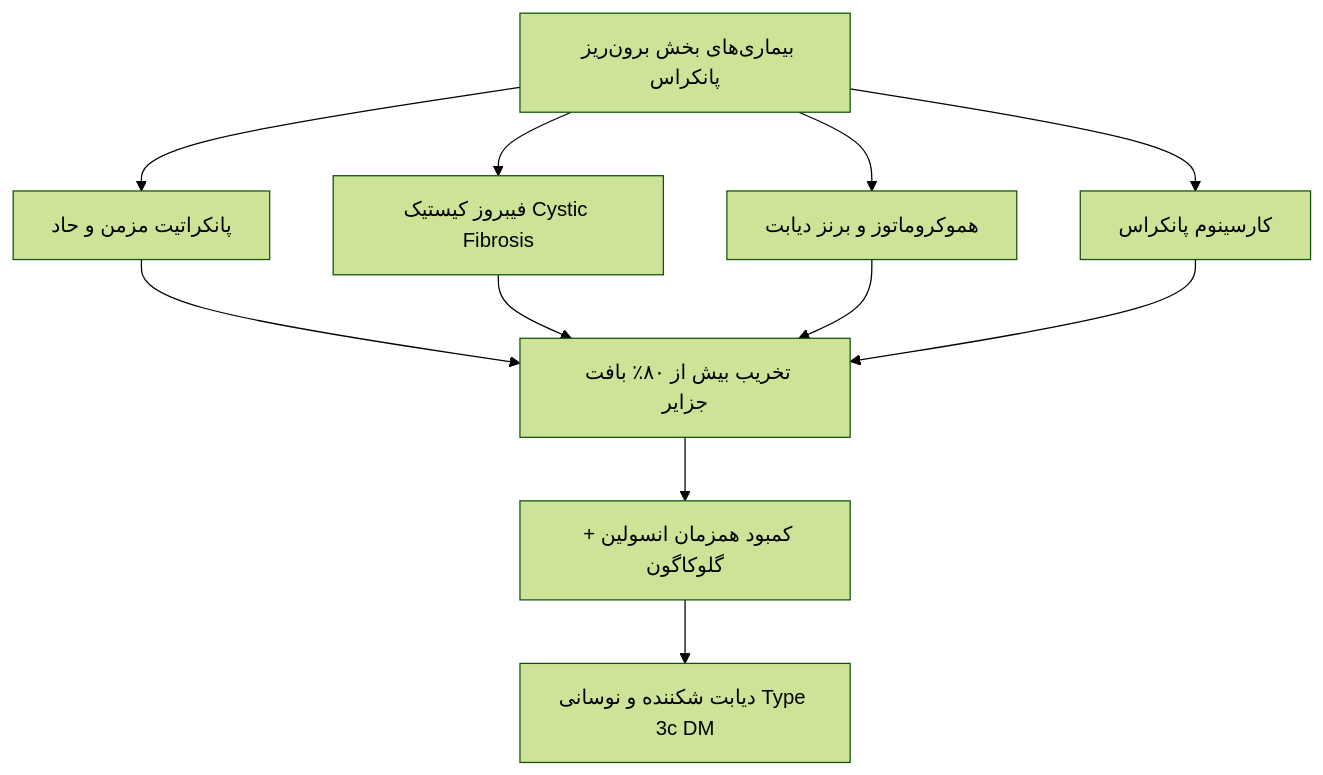
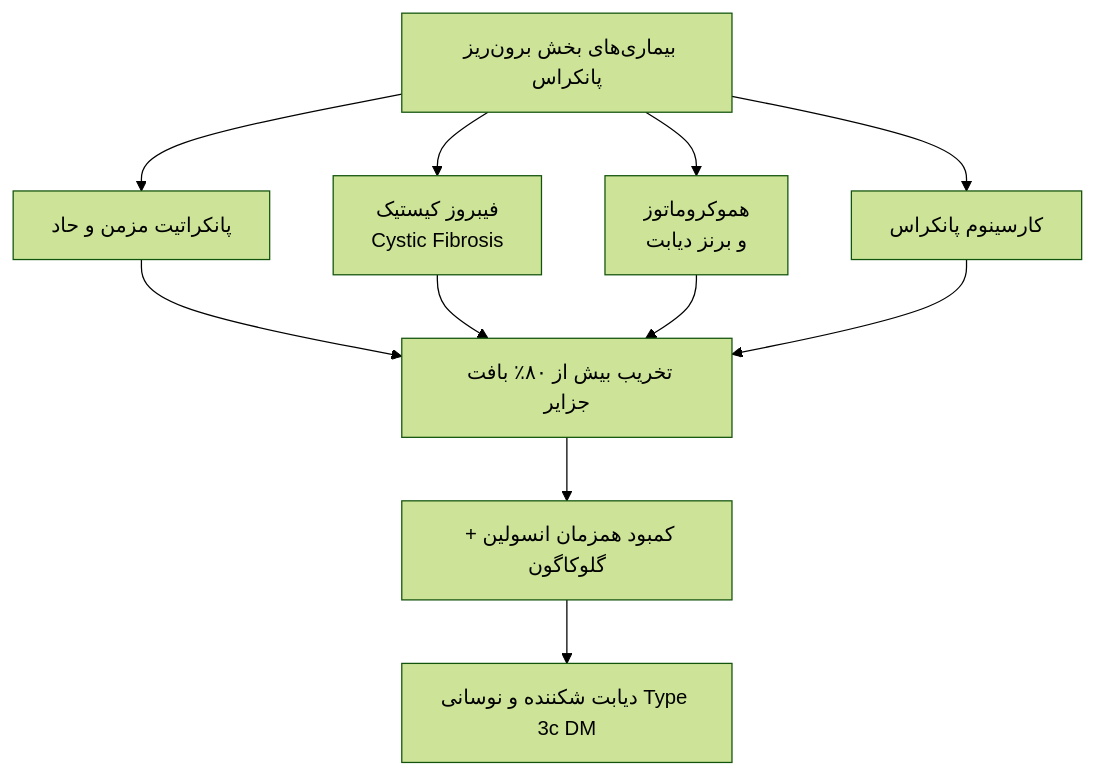
Before and after one commit to neopulse-hub/TUMS-1402-1-neo: the eighth of 10 diagrams in 07/مبانی غدد/دیابت شیرین.md, drawn with Mermaid (forest theme). The commit also changed other lines of this file, not shown here.

Commit message:
Update دیابت شیرین.md

````diff
--- a/07/مبانی غدد/دیابت شیرین.md
+++ b/07/مبانی غدد/دیابت شیرین.md
@@ -328,11 +328,11 @@
 ```mermaid
 flowchart TD
     PancDis[بیماری‌های بخش برون‌ریز پانکراس] --> P1[پانکراتیت مزمن و حاد]
-    PancDis --> P2[فیبروز کیستیک Cystic Fibrosis]
-    PancDis --> P3[هموکروماتوز و برنز دیابت]
+    PancDis --> P2[فیبروز کیستیک<br>Cystic Fibrosis]
+    PancDis --> P3[هموکروماتوز<br>و برنز دیابت]
     PancDis --> P4[کارسینوم پانکراس]
     
     P1 & P2 & P3 & P4 --> IsletLoss[تخریب بیش از ۸۰٪ بافت جزایر]
     IsletLoss --> DualDef[کمبود همزمان انسولین + گلوکاگون]
     DualDef --> T3c[دیابت شکننده و نوسانی Type 3c DM]
 ```
````
